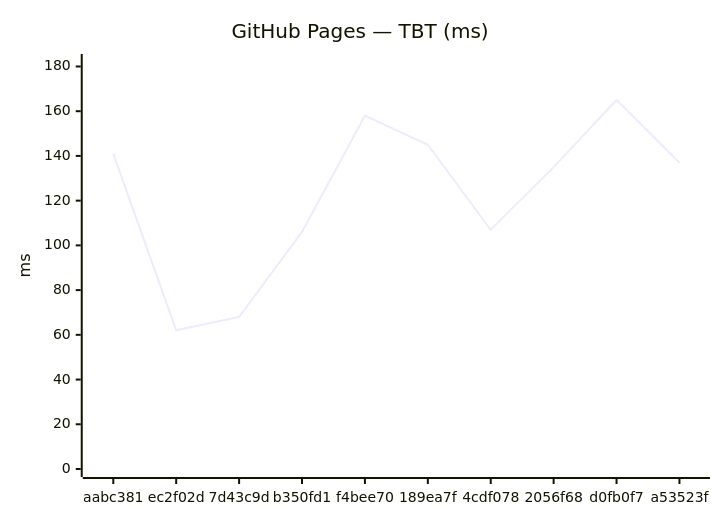
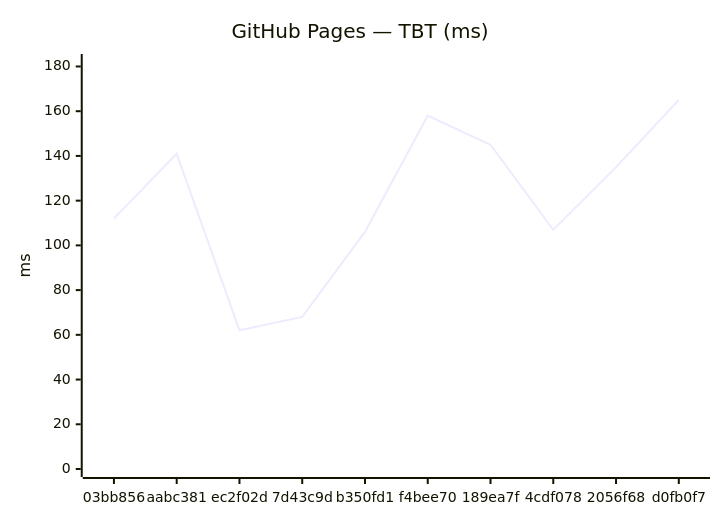
One commit to Metaheurist/Rianell changed the fourth of 18 diagrams in benchmarks/compare.md. Above: the diagram before and after it, drawn with Mermaid. The commit also changed other lines of this file and 11 other files, not shown here.

````diff
--- a/benchmarks/compare.md
+++ b/benchmarks/compare.md
@@ -61,7 +61,7 @@
 ```mermaid
 xychart-beta
     title "GitHub Pages — TBT (ms)"
-    x-axis ["aabc381", "ec2f02d", "7d43c9d", "b350fd1", "f4bee70", "189ea7f", "4cdf078", "2056f68", "d0fb0f7", "a53523f"]
+    x-axis ["03bb856", "aabc381", "ec2f02d", "7d43c9d", "b350fd1", "f4bee70", "189ea7f", "4cdf078", "2056f68", "d0fb0f7"]
     y-axis "ms" 0 --> 182
-    line [141, 62, 68, 106, 158, 145, 107, 135, 165, 137]
+    line [112, 141, 62, 68, 106, 158, 145, 107, 135, 165]
 ```
````
